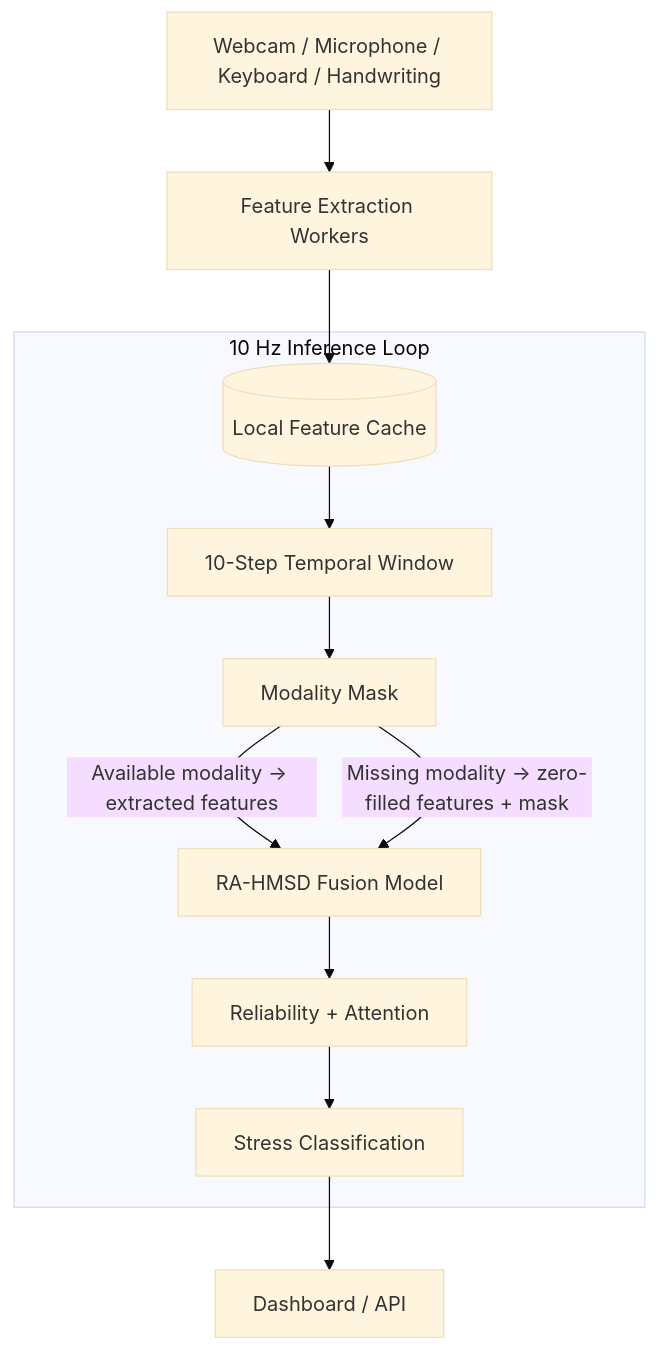
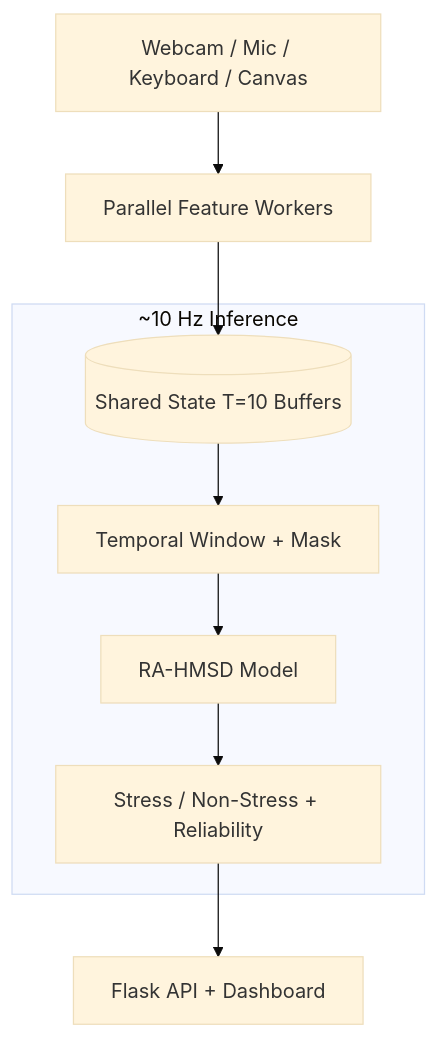
Before and after one commit to Abilash77/Scalable-Non-Contact-Stress: the second of 2 diagrams in README.md, drawn with Mermaid (base theme). The commit also changed other lines of this file and 9 other files, not shown here.

First line of the commit message:
Add detailed project handoff and architecture documentation

````diff
--- a/README.md
+++ b/README.md
@@ -94,18 +60,13 @@
 ```mermaid
 flowchart TD
-    Sensors[Webcam / Microphone / Keyboard / Handwriting] --> Workers[Feature Extraction Workers]
-    Workers --> Cache[(Local Feature Cache)]
-    
-    subgraph 10 Hz Inference Loop
-        Cache --> TW[10-Step Temporal Window]
-        TW --> MM[Modality Mask]
-        
-        MM --> |Available modality → extracted features| Fusion[RA-HMSD Fusion Model]
-        MM --> |Missing modality → zero-filled features + mask| Fusion
-        
-        Fusion --> RA[Reliability + Attention]
-        RA --> SC[Stress Classification]
+    Sensors[Webcam / Mic / Keyboard / Canvas] --> Workers[Parallel Feature Workers]
+    Workers --> Cache[(Shared State T=10 Buffers)]
+
+    subgraph InferenceLoop["~10 Hz Inference"]
+        Cache --> TW[Temporal Window + Mask]
+        TW --> Fusion[RA-HMSD Model]
+        Fusion --> Pred[Stress / Non-Stress + Reliability]
     end
-    
-    SC --> Dash[Dashboard / API]
+
+    Pred --> API[Flask API + Dashboard]
 ```
````
